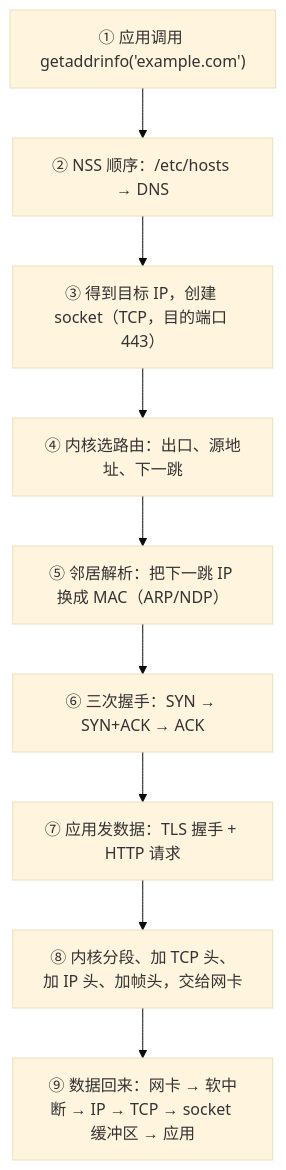
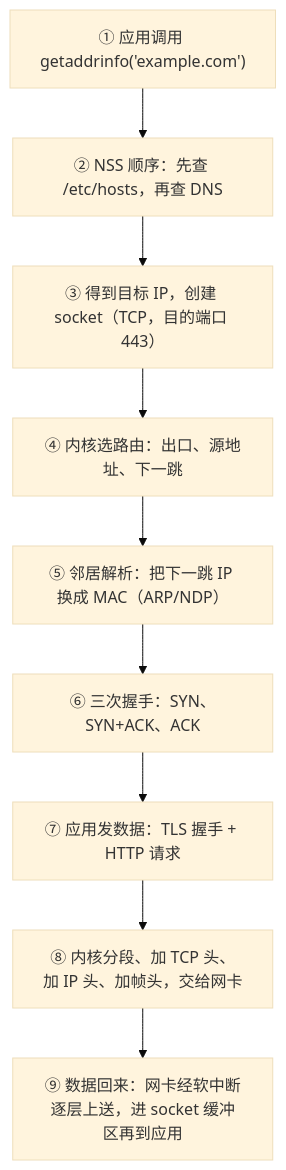
The second of 2 diagrams in Linux/06_网络协议栈与排障/01_原理_分层模型与数据包的一生.md (realtyz/ops-manual), drawn with Mermaid (base theme) before and after one commit. The commit also changed other lines of this file and 118 other files, not shown here.

````diff
--- a/Linux/06_网络协议栈与排障/01_原理_分层模型与数据包的一生.md
+++ b/Linux/06_网络协议栈与排障/01_原理_分层模型与数据包的一生.md
@@ -61,11 +61,11 @@
 ```mermaid
 flowchart TD
-  A["① 应用调用 getaddrinfo('example.com')"] --> B["② NSS 顺序：/etc/hosts → DNS"]
+  A["① 应用调用 getaddrinfo('example.com')"] --> B["② NSS 顺序：先查 /etc/hosts，再查 DNS"]
   B --> C["③ 得到目标 IP，创建 socket（TCP，目的端口 443）"]
   C --> D["④ 内核选路由：出口、源地址、下一跳"]
   D --> E["⑤ 邻居解析：把下一跳 IP 换成 MAC（ARP/NDP）"]
-  E --> F["⑥ 三次握手：SYN → SYN+ACK → ACK"]
+  E --> F["⑥ 三次握手：SYN、SYN+ACK、ACK"]
   F --> G["⑦ 应用发数据：TLS 握手 + HTTP 请求"]
   G --> H["⑧ 内核分段、加 TCP 头、加 IP 头、加帧头，交给网卡"]
-  H --> I["⑨ 数据回来：网卡 → 软中断 → IP → TCP → socket 缓冲区 → 应用"]
+  H --> I["⑨ 数据回来：网卡经软中断逐层上送，进 socket 缓冲区再到应用"]
 ```
````
